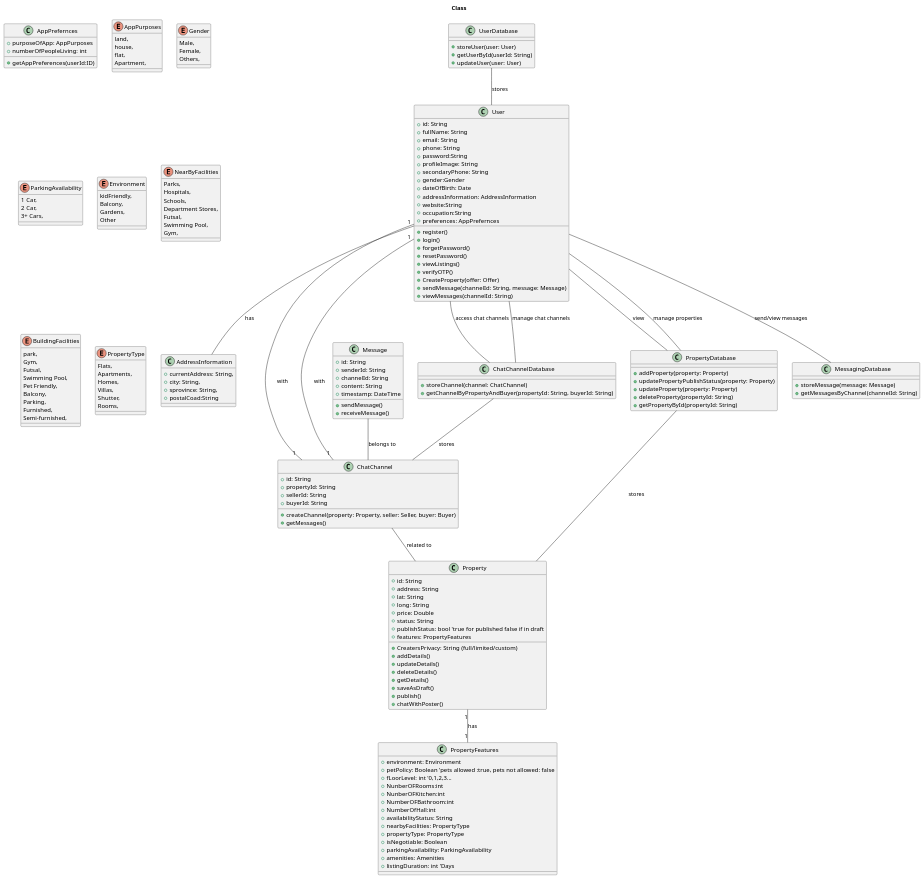
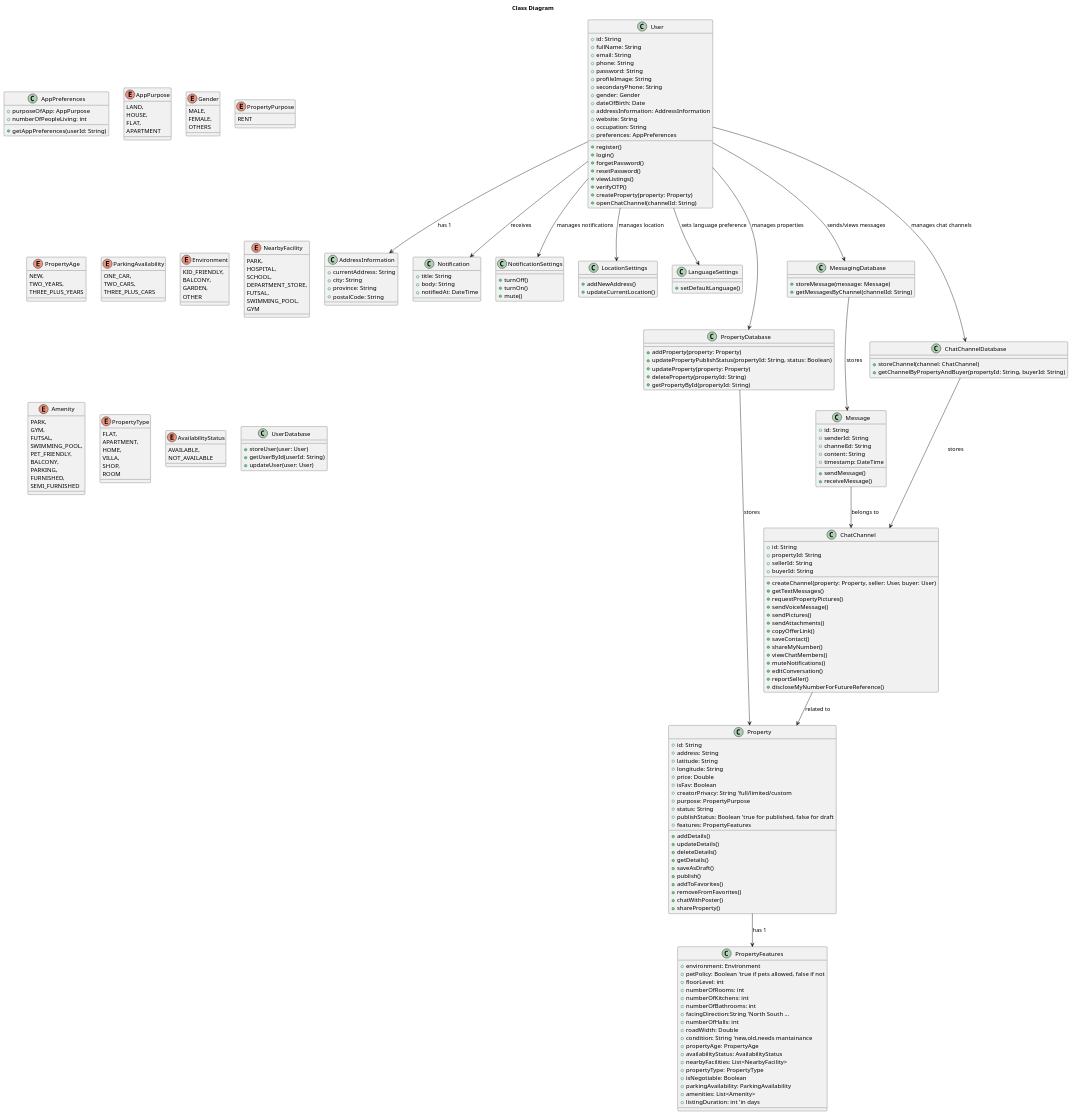
The diagram in Classs/ClassDiagram.puml (shankarkharel/Realestate-elaboration), drawn with PlantUML before and after one commit. The commit also changed 1 other file, not shown here.

```diff
--- a/Classs/ClassDiagram.puml
+++ b/Classs/ClassDiagram.puml
@@ -1,6 +1,6 @@
 @startuml Classes
 
-title Class 
+title Class Diagram
 
 ' Define the main classes
 class User {
@@ -8,148 +8,196 @@
     +fullName: String
     +email: String
     +phone: String
-    +password:String
+    +password: String
     +profileImage: String
     +secondaryPhone: String
-    +gender:Gender
-    +dateOfBirth: Date   
+    +gender: Gender
+    +dateOfBirth: Date
     +addressInformation: AddressInformation
-    +website:String
-    +occupation:String
-    +preferences: AppPrefernces
+    +website: String
+    +occupation: String
+    +preferences: AppPreferences
     +register()
     +login()
     +forgetPassword()
     +resetPassword()
     +viewListings()
     +verifyOTP()
-    +CreateProperty(offer: Offer)
-    +sendMessage(channelId: String, message: Message)
-    +viewMessages(channelId: String)
-    
+    +createProperty(property: Property)
+    +openChatChannel(channelId: String)
 }
 
-class AppPrefernces{
-    +purposeOfApp: AppPurposes
+class AppPreferences {
+    +purposeOfApp: AppPurpose
     +numberOfPeopleLiving: int
-    +getAppPreferences(userId:ID)
-    
+    +getAppPreferences(userId: String)
 }
 
-enum AppPurposes{
-    land,
-    house,
-    flat,
-    Apartment,
-}
-class AddressInformation{
-    +currentAddress: String,
-    +city: String,
-    +sprovince: String,
-    +postalCoad:String
+enum AppPurpose {
+    LAND,
+    HOUSE,
+    FLAT,
+    APARTMENT
 }
 
-enum Gender{
-    Male,
-    Female,
-    Others,
+class AddressInformation {
+    +currentAddress: String
+    +city: String
+    +province: String
+    +postalCode: String
 }
 
-
+enum Gender {
+    MALE,
+    FEMALE,
+    OTHERS
+}
 
 class Property {
     +id: String
     +address: String
-    +lat: String
-    +long: String
+    +latitude: String
+    +longitude: String
     +price: Double
-    +CreatersPrivacy: String (full/limited/custom)
-    ' +for: String (sell/rent)
+    +isFav: Boolean
+    +creatorPrivacy: String 'full/limited/custom
+    +purpose: PropertyPurpose
     +status: String
-    +publishStatus: bool 'true for published false if in draft
+    +publishStatus: Boolean 'true for published, false for draft
     +features: PropertyFeatures
     +addDetails()
-    +updateDetails()  
+    +updateDetails()
     +deleteDetails()
     +getDetails()
     +saveAsDraft()
     +publish()
+    +addToFavorites()
+    +removeFromFavorites()
     +chatWithPoster()
-    
+    +shareProperty()
+}
+
+enum PropertyPurpose {
+    RENT
 }
 
 class PropertyFeatures {
     +environment: Environment
-    +petPolicy: Boolean 'pets allowed :true, pets not allowed: false
-    +fLoorLevel: int '0,1,2,3...
-     + NunberOFRooms:int
-     + NunberOFKitchen:int
-     +NumberOFBathroom:int 
-     +NumberOfHall:int 
-    +availabilityStatus: String
-    +nearbyFacilities: PropertyType
+    +petPolicy: Boolean 'true if pets allowed, false if not
+    +floorLevel: int
+    +numberOfRooms: int
+    +numberOfKitchens: int
+    +numberOfBathrooms: int
+    +facingDirection:String 'North South ...
+    +numberOfHalls: int
+    +roadWidth: Double
+    +condition: String 'new,old,needs mantainance
+    +propertyAge: PropertyAge   
+    +availabilityStatus: AvailabilityStatus
+    +nearbyFacilities: List<NearbyFacility>
     +propertyType: PropertyType
     +isNegotiable: Boolean
     +parkingAvailability: ParkingAvailability
-    +amenities: Amenities
-    +listingDuration: int 'Days
-    
+    +amenities: List<Amenity>
+    +listingDuration: int 'in days
 }
 
-enum ParkingAvailability{
-    1 Car,
-    2 Car,
-    3+ Cars,
+enum PropertyAge{
+    NEW,
+    TWO_YEARS,
+    THREE_PLUS_YEARS
+
 }
 
-
-
-enum Environment{
-kidFriendly,
-Balcony,
-Gardens,
-Other
+enum ParkingAvailability {
+    ONE_CAR,
+    TWO_CARS,
+    THREE_PLUS_CARS
 }
 
-enum NearByFacilities{
-     Parks,
-    Hospitals,
-    Schools,
-    Department Stores,
-    Futsal,
-    Swimming Pool,
-    Gym,
-
-}
-enum BuildingFacilities{
-   park,
-    Gym,
-    Futsal,
-    Swimming Pool,
-    Pet Friendly,
-    Balcony,
-    Parking,
-    Furnished,
-    Semi-furnished,
+enum Environment {
+    KID_FRIENDLY,
+    BALCONY,
+    GARDEN,
+    OTHER
 }
 
-enum PropertyType{
-    Flats,
-    Apartments,
-    Homes,
-    Villas,
-    Shutter,
-    Rooms,
+enum NearbyFacility {
+    PARK,
+    HOSPITAL,
+    SCHOOL,
+    DEPARTMENT_STORE,
+    FUTSAL,
+    SWIMMING_POOL,
+    GYM
 }
 
+enum Amenity {
+    PARK,
+    GYM,
+    FUTSAL,
+    SWIMMING_POOL,
+    PET_FRIENDLY,
+    BALCONY,
+    PARKING,
+    FURNISHED,
+    SEMI_FURNISHED
+}
+
+enum PropertyType {
+    FLAT,
+    APARTMENT,
+    HOME,
+    VILLA,
+    SHOP,
+    ROOM
+}
+
+enum AvailabilityStatus {
+    AVAILABLE,
+    NOT_AVAILABLE
+}
+
+class Notification {
+    +title: String
+    +body: String
+    +notifiedAt: DateTime
+}
+
+class NotificationSettings {
+    +turnOff()
+    +turnOn()
+    +mute()
+}
+
+class LocationSettings {
+    +addNewAddress()
+    +updateCurrentLocation()
+}
+
+class LanguageSettings {
+    +setDefaultLanguage()
+}
 
 class ChatChannel {
     +id: String
     +propertyId: String
     +sellerId: String
     +buyerId: String
-    +createChannel(property: Property, seller: Seller, buyer: Buyer)
-    +getMessages()
+    +createChannel(property: Property, seller: User, buyer: User)
+    +getTextMessages()
+    +requestPropertyPictures()
+    +sendVoiceMessage()
+    +sendPictures()
+    +sendAttachments()
+    +copyOfferLink()
+    +saveContact()
+    +shareMyNumber()
+    +viewChatMembers()
+    +muteNotifications()
+    +editConversation()
+    +reportSeller()
+    +discloseMyNumberForFutureReference()
 }
 
 class Message {
@@ -165,7 +213,7 @@
 ' Define databases as classes
 class PropertyDatabase {
     +addProperty(property: Property)
-    +updatePropertyPublishStatus(property: Property)
+    +updatePropertyPublishStatus(propertyId: String, status: Boolean)
     +updateProperty(property: Property)
     +deleteProperty(propertyId: String)
     +getPropertyById(propertyId: String)
@@ -176,8 +224,6 @@
     +getUserById(userId: String)
     +updateUser(user: User)
 }
-
-
 
 class MessagingDatabase {
     +storeMessage(message: Message)
@@ -190,27 +236,24 @@
 }
 
 ' Relationships
-User -- PropertyDatabase : "view"
-
-User -- ChatChannelDatabase : "access chat channels"
-User -- AddressInformation : "has"
-
-User -- PropertyDatabase : "manage properties"
-
-User -- ChatChannelDatabase : "manage chat channels"
-User -- MessagingDatabase : "send/view messages"
+User --> AddressInformation : "has 1"
+User --> PropertyDatabase : "manages properties"
+User --> ChatChannelDatabase : "manages chat channels"
+User --> MessagingDatabase : "sends/views messages"
+User --> Notification : "receives"
+User --> NotificationSettings : "manages notifications"
+User --> LocationSettings : "manages location"
+User --> LanguageSettings : "sets language preference"
+MessagingDatabase --> Message : "stores"
 
 
 
-PropertyDatabase -- Property : "stores"
-UserDatabase -- User : "stores"
+PropertyDatabase --> Property : "stores"
+Property --> PropertyFeatures : "has 1"
 
 
-Property "1" -- "1" PropertyFeatures : "has"
-Message -- ChatChannel : "belongs to"
-ChatChannel -- Property : "related to"
-ChatChannelDatabase -- ChatChannel : "stores"
-ChatChannel "1" -- "1" User : "with"
-ChatChannel "1" -- "1" User : "with"
+Message --> ChatChannel : "belongs to"
+ChatChannel --> Property : "related to"
+ChatChannelDatabase --> ChatChannel : "stores"
 
 @enduml
```
